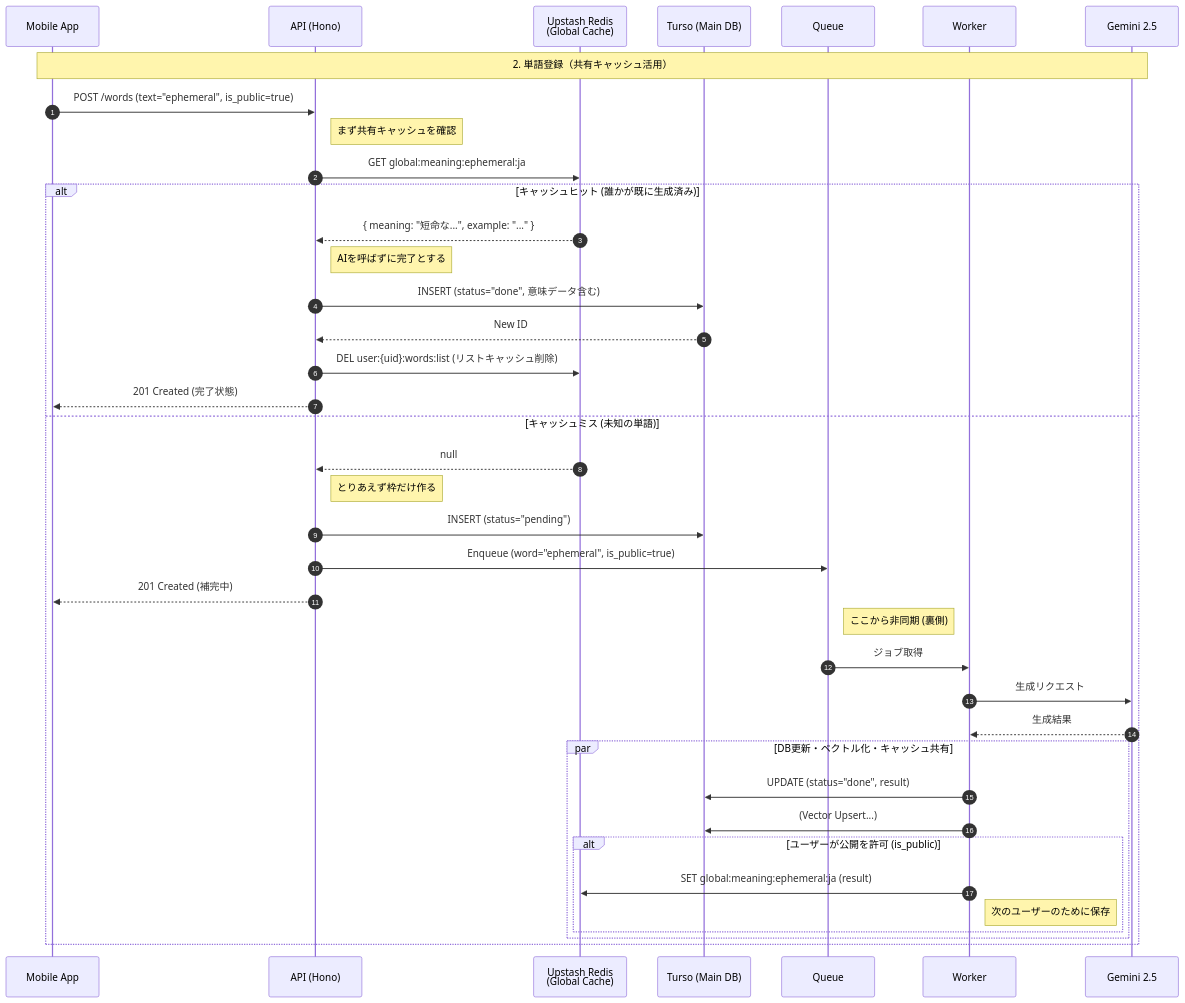
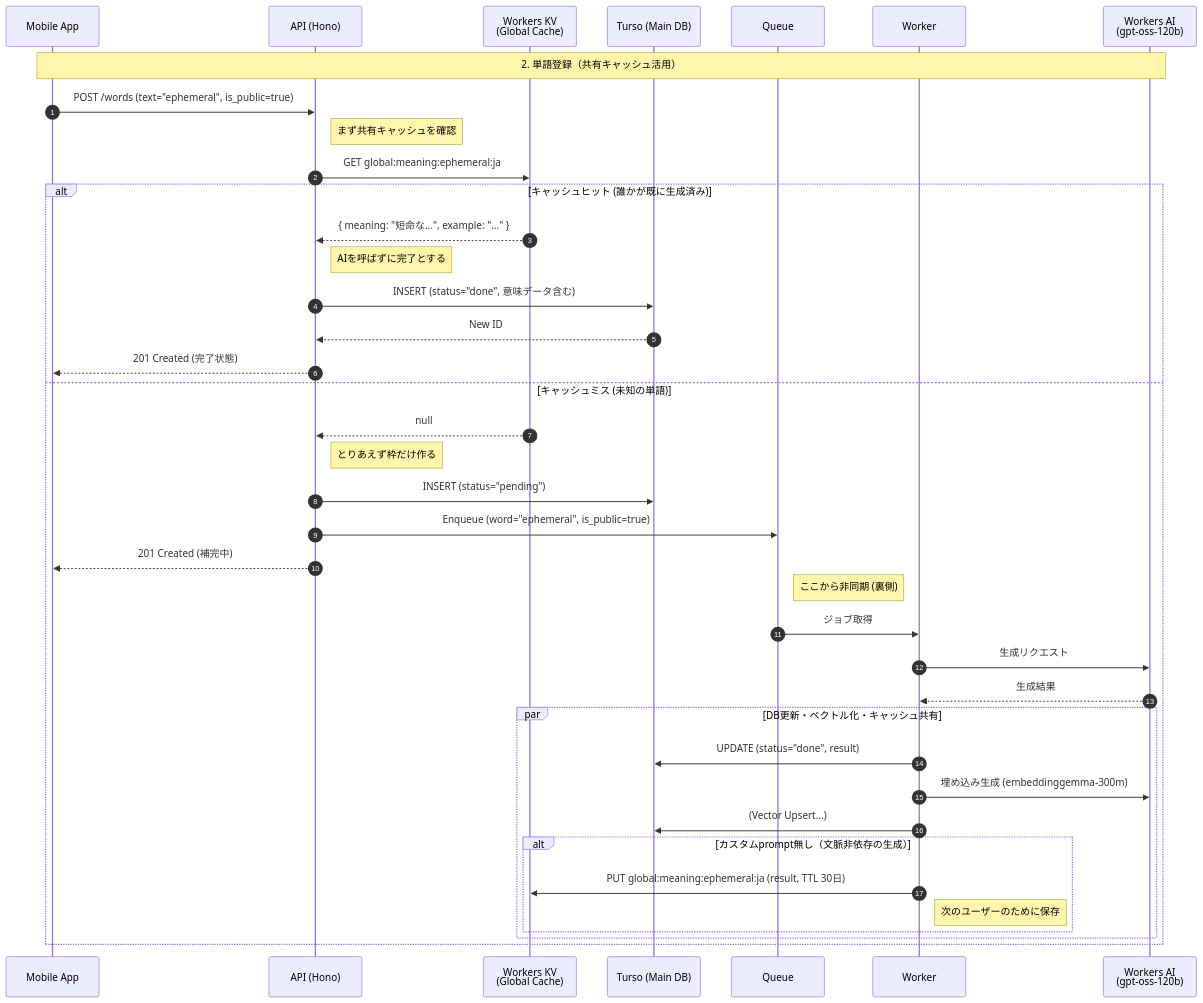
Before and after one commit to hudeato-me/hudeato: the second of 4 diagrams in docs/data-flow.md, drawn with Mermaid. The commit also changed other lines of this file and 17 other files, not shown here.

````diff
--- a/docs/data-flow.md
+++ b/docs/data-flow.md
@@ -34,49 +34,49 @@
 ```mermaid
 sequenceDiagram
     autonumber
     participant App as Mobile App
     participant API as API (Hono)
-    participant Redis as Upstash Redis<br/>(Global Cache)
+    participant KV as Workers KV<br/>(Global Cache)
     participant DB as Turso (Main DB)
     participant Q as Queue
     participant W as Worker
-    participant AI as Gemini 2.5
+    participant AI as Workers AI<br/>(gpt-oss-120b)
 
     Note over App, AI: 2. 単語登録（共有キャッシュ活用）
 
     App->>API: POST /words (text="ephemeral", is_public=true)
 
     Note right of API: まず共有キャッシュを確認
-    API->>Redis: GET global:meaning:ephemeral:ja
+    API->>KV: GET global:meaning:ephemeral:ja
 
     alt キャッシュヒット (誰かが既に生成済み)
-        Redis-->>API: { meaning: "短命な...", example: "..." }
+        KV-->>API: { meaning: "短命な...", example: "..." }
         Note right of API: AIを呼ばずに完了とする
         API->>DB: INSERT (status="done", 意味データ含む)
         DB-->>API: New ID
-        API->>Redis: DEL user:{uid}:words:list (リストキャッシュ削除)
         API-->>App: 201 Created (完了状態)
 
     else キャッシュミス (未知の単語)
-        Redis-->>API: null
+        KV-->>API: null
         Note right of API: とりあえず枠だけ作る
         API->>DB: INSERT (status="pending")
         API->>Q: Enqueue (word="ephemeral", is_public=true)
         API-->>App: 201 Created (補完中)
 
         Note right of Q: ここから非同期 (裏側)
         Q->>W: ジョブ取得
         W->>AI: 生成リクエスト
         AI-->>W: 生成結果
 
         par DB更新・ベクトル化・キャッシュ共有
             W->>DB: UPDATE (status="done", result)
+            W->>AI: 埋め込み生成 (embeddinggemma-300m)
             W->>DB: (Vector Upsert...)
 
-            alt ユーザーが公開を許可 (is_public)
-                W->>Redis: SET global:meaning:ephemeral:ja (result)
+            alt カスタムprompt無し（文脈非依存の生成）
+                W->>KV: PUT global:meaning:ephemeral:ja (result, TTL 30日)
                 Note right of W: 次のユーザーのために保存
             end
         end
     end
 ```
````
